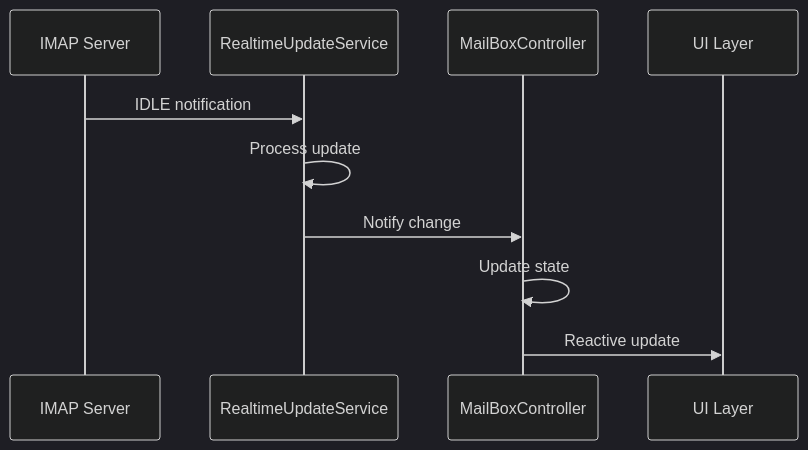
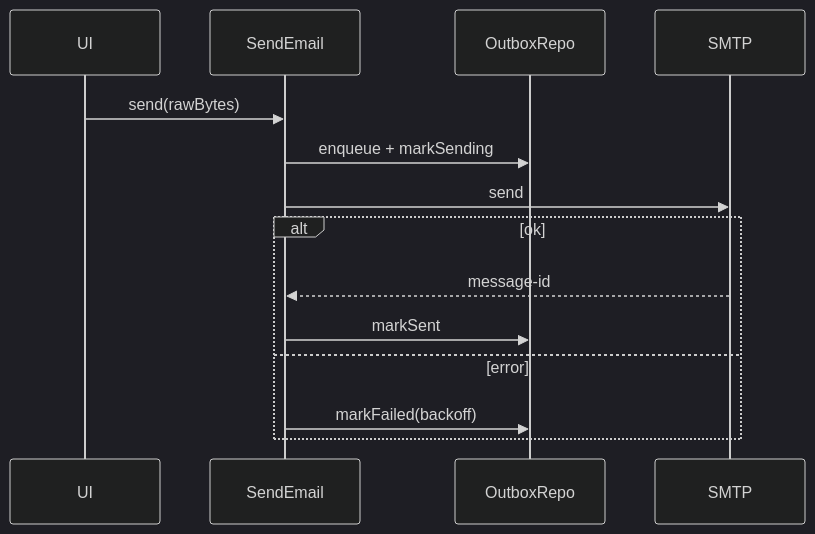
Before and after one commit to dfangys/dits.ly.wahdamail: the second of 2 diagrams in docs/ARCHITECTURE.md, drawn with Mermaid (dark theme). The commit also changed other lines of this file and 5 other files, not shown here.

````diff
--- a/docs/ARCHITECTURE.md
+++ b/docs/ARCHITECTURE.md
@@ -194,13 +161,17 @@
 ```mermaid
 sequenceDiagram
-    participant Server as IMAP Server
-    participant Service as RealtimeUpdateService
-    participant Controller as MailBoxController
-    participant UI as UI Layer
+  participant UI
+  participant UC as SendEmail
+  participant OUT as OutboxRepo
+  participant SMTP
 
-    Server->>Service: IDLE notification
-    Service->>Service: Process update
-    Service->>Controller: Notify change
-    Controller->>Controller: Update state
-    Controller->>UI: Reactive update
+  UI->>UC: send(rawBytes)
+  UC->>OUT: enqueue + markSending
+  UC->>SMTP: send
+  alt ok
+    SMTP-->>UC: message-id
+    UC->>OUT: markSent
+  else error
+    UC->>OUT: markFailed(backoff)
+  end
 ```
````
